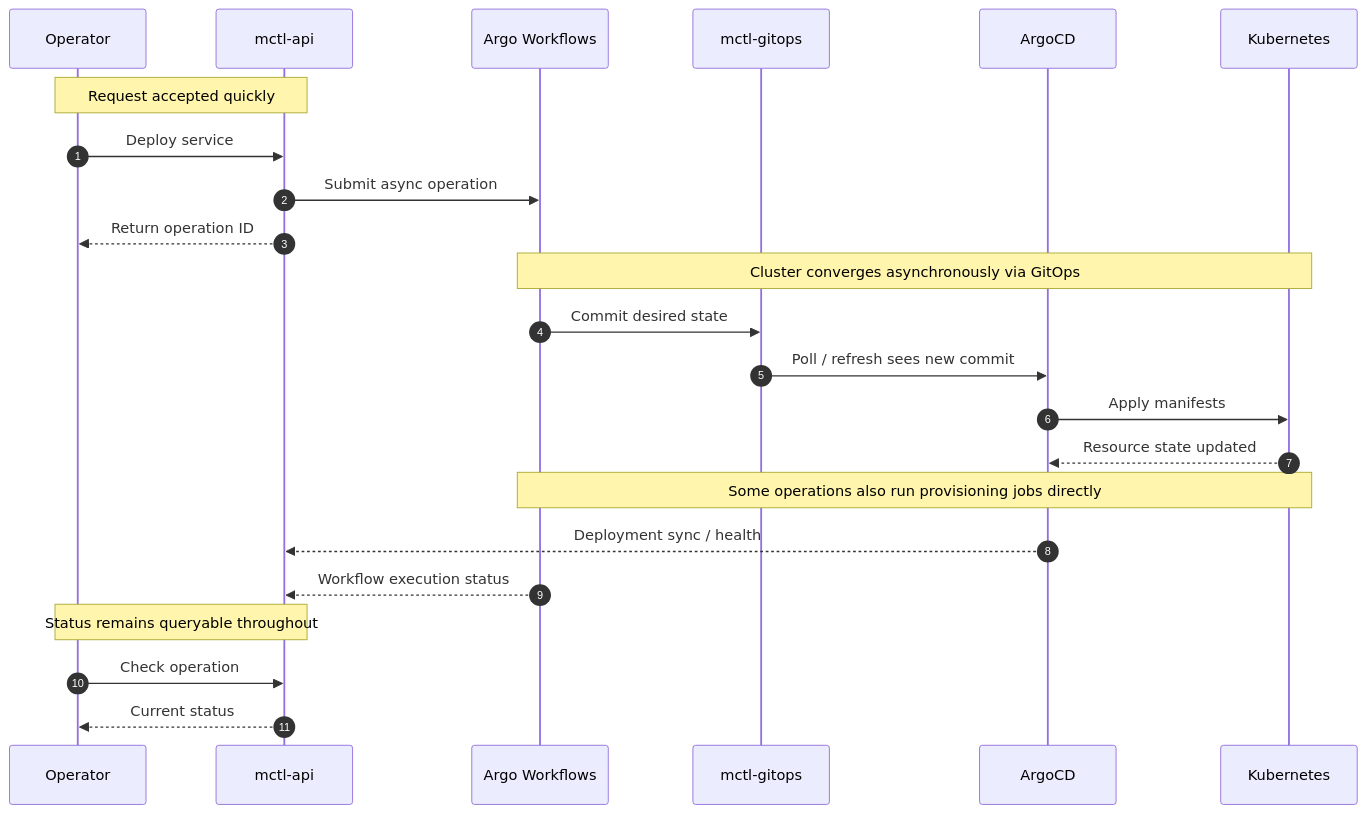
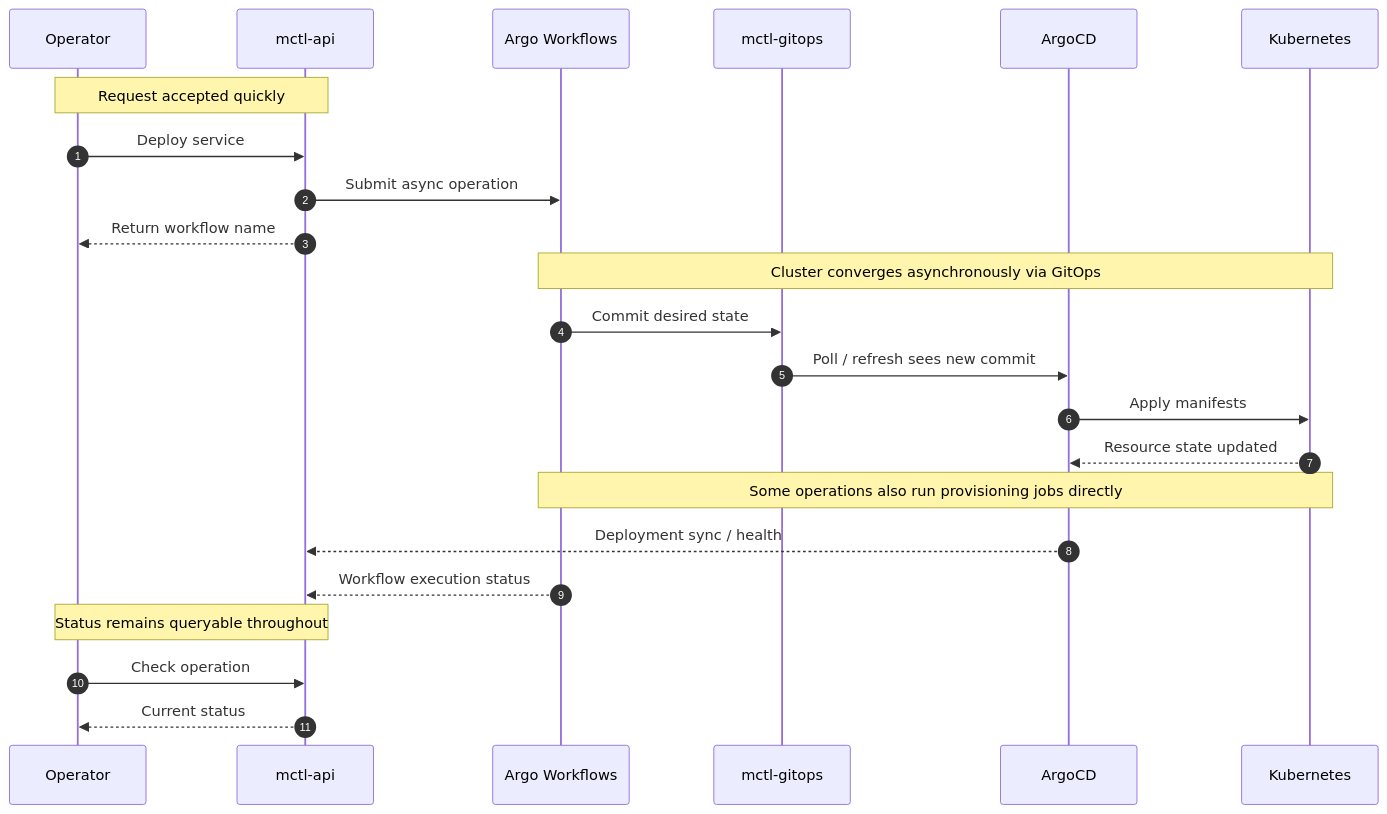
The diagram in docs/guides/gitops-workflows.md (mctlhq/mctl-docs), drawn with Mermaid before and after one commit. The commit also changed other lines of this file and 39 other files, not shown here.

````diff
--- a/docs/guides/gitops-workflows.md
+++ b/docs/guides/gitops-workflows.md
@@ -7,28 +7,28 @@
 ```mermaid
 sequenceDiagram
     autonumber
     participant User as Operator
     participant API as mctl-api
     participant WF as Argo Workflows
     participant Git as mctl-gitops
     participant Argo as ArgoCD
     participant K8s as Kubernetes
 
     Note over User,API: Request accepted quickly
     User->>API: Deploy service
     API->>WF: Submit async operation
-    API-->>User: Return operation ID
+    API-->>User: Return workflow name
 
     Note over WF,K8s: Cluster converges asynchronously via GitOps
     WF->>Git: Commit desired state
     Git->>Argo: Poll / refresh sees new commit
     Argo->>K8s: Apply manifests
     K8s-->>Argo: Resource state updated
     Note over WF,K8s: Some operations also run provisioning jobs directly
     Argo-->>API: Deployment sync / health
     WF-->>API: Workflow execution status
 
     Note over User,API: Status remains queryable throughout
     User->>API: Check operation
     API-->>User: Current status
 ```
````
